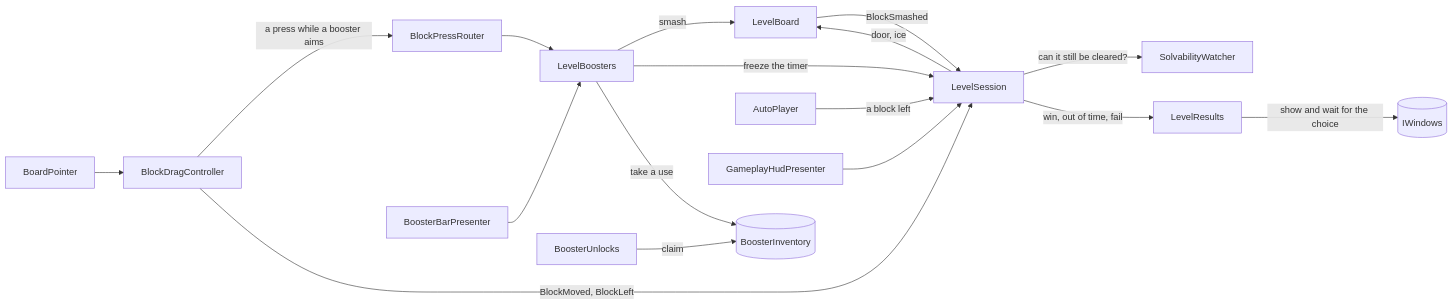
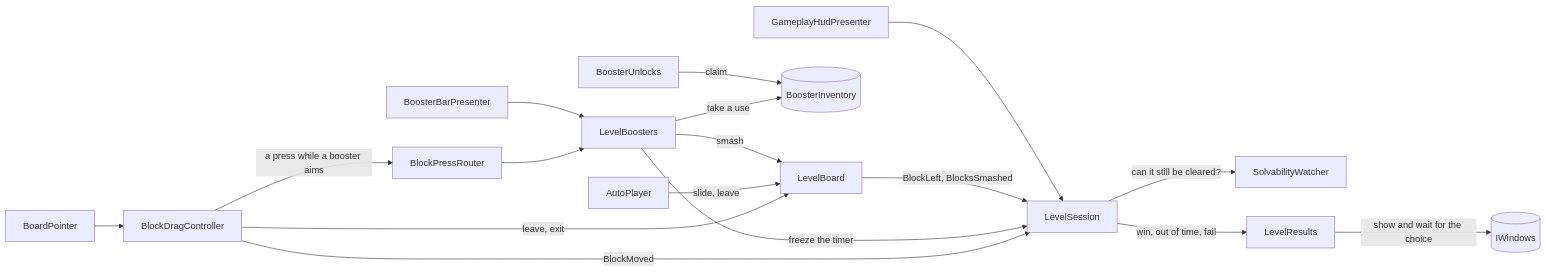
Before and after one commit to recep-yzc/color-block-jam: the diagram in README.md, drawn with Mermaid. The commit also changed other lines of this file, not shown here.

````diff
--- a/README.md
+++ b/README.md
@@ -162,19 +163,19 @@
 ```mermaid
 flowchart LR
     Pointer[BoardPointer] --> Drag[BlockDragController]
     Drag -- "a press while a booster aims" --> Router[BlockPressRouter]
     Router --> Boosters[LevelBoosters]
-    Drag -- "BlockMoved, BlockLeft" --> Session[LevelSession]
-    Boosters -- "smash" --> Board[LevelBoard]
+    Drag -- BlockMoved --> Session[LevelSession]
+    Drag -- "leave, exit" --> Board[LevelBoard]
+    Auto[AutoPlayer] -- "slide, leave" --> Board
+    Boosters -- "smash" --> Board
     Boosters -- "freeze the timer" --> Session
     Boosters -- "take a use" --> Inventory[(BoosterInventory)]
-    Board -- BlockSmashed --> Session
-    Auto[AutoPlayer] -- "a block left" --> Session
-    Session -- "door, ice" --> Board
+    Board -- "BlockLeft, BlocksSmashed" --> Session
     Session -- "can it still be cleared?" --> Watcher[SolvabilityWatcher]
     Session -- "win, out of time, fail" --> Results[LevelResults]
     Results -- "show and wait for the choice" --> Windows[(IWindows)]
     Bar[BoosterBarPresenter] --> Boosters
     Unlocks[BoosterUnlocks] -- "claim" --> Inventory
     Hud[GameplayHudPresenter] --> Session
 ```
````
